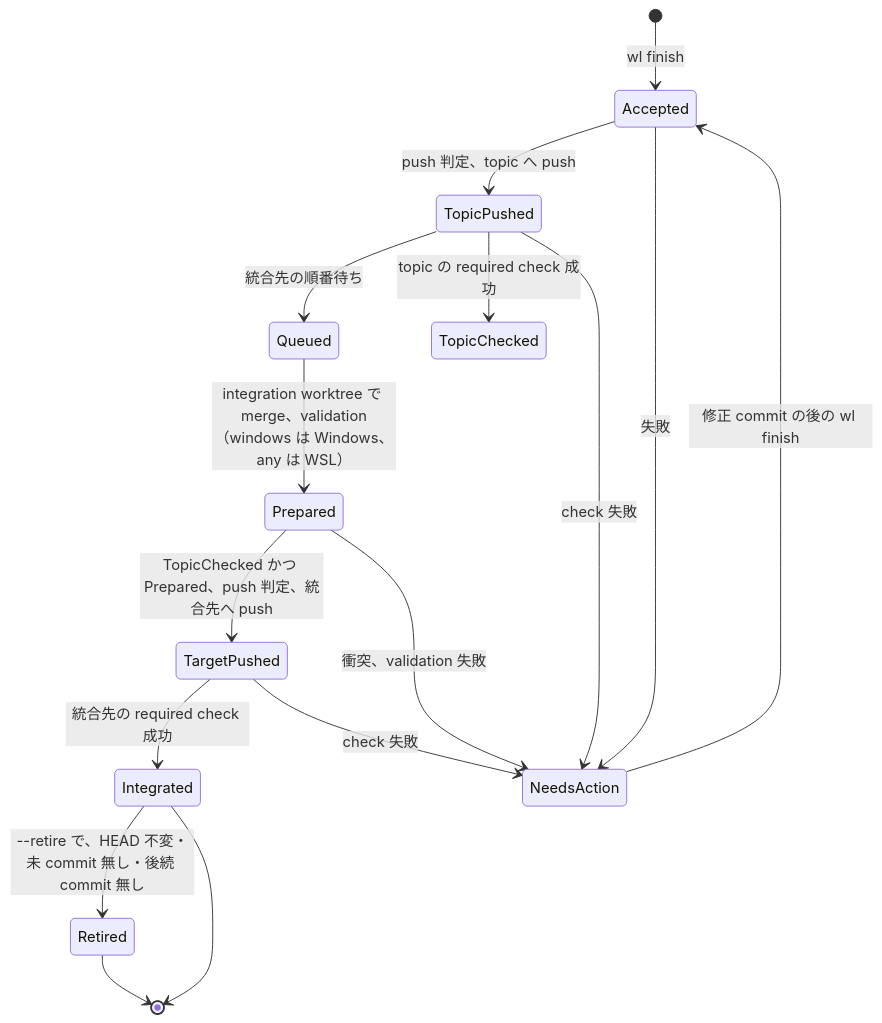
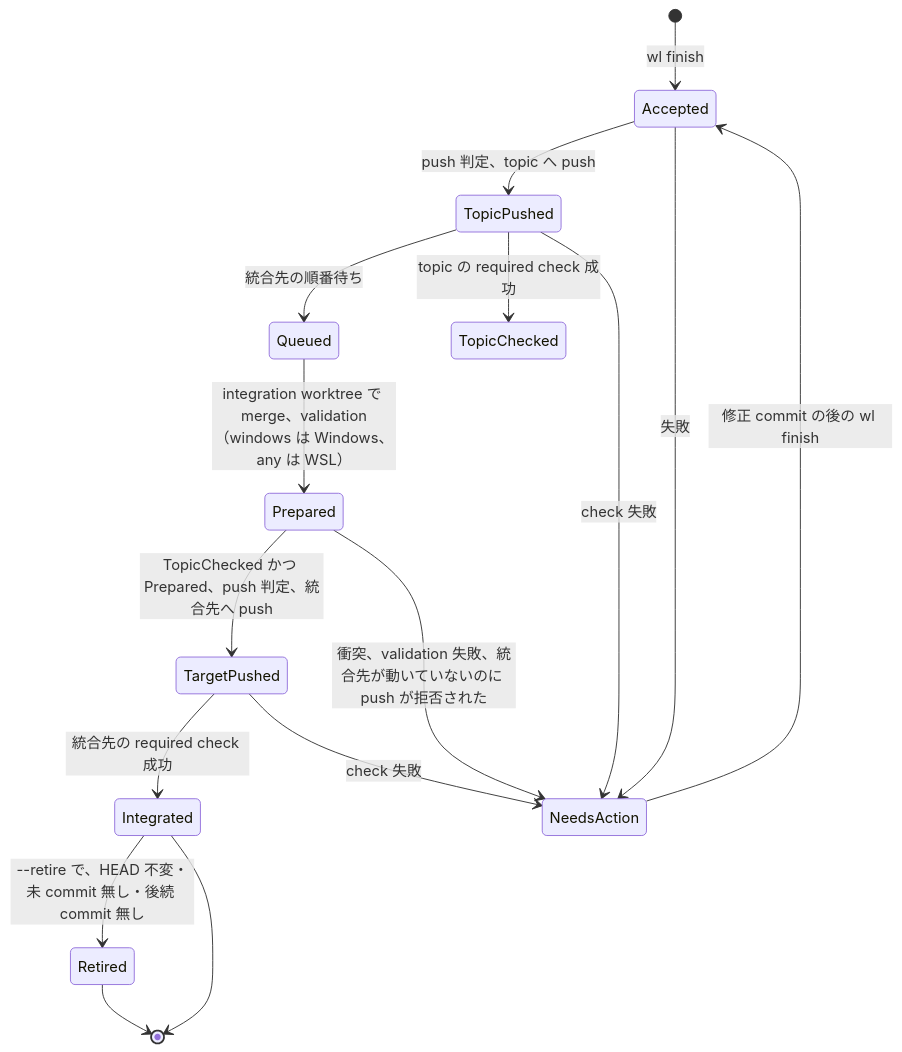
The diagram in docs/design.md (yasuyuki/workspace-lifecycle-native), drawn with Mermaid before and after one commit. The commit also changed other lines of this file and 11 other files, not shown here.

````diff
--- a/docs/design.md
+++ b/docs/design.md
@@ -62,18 +62,18 @@
 ```mermaid
 stateDiagram-v2
     [*] --> Accepted: wl finish
     Accepted --> TopicPushed: push 判定、topic へ push
     TopicPushed --> Queued: 統合先の順番待ち
     Queued --> Prepared: integration worktree で merge、validation（windows は Windows、any は WSL）
     TopicPushed --> TopicChecked: topic の required check 成功
     Prepared --> TargetPushed: TopicChecked かつ Prepared、push 判定、統合先へ push
     TargetPushed --> Integrated: 統合先の required check 成功
     Integrated --> Retired: --retire で、HEAD 不変・未 commit 無し・後続 commit 無し
     Integrated --> [*]
     Retired --> [*]
     Accepted --> NeedsAction: 失敗
     TopicPushed --> NeedsAction: check 失敗
-    Prepared --> NeedsAction: 衝突、validation 失敗
+    Prepared --> NeedsAction: 衝突、validation 失敗、統合先が動いていないのに push が拒否された
     TargetPushed --> NeedsAction: check 失敗
     NeedsAction --> Accepted: 修正 commit の後の wl finish
 ```
````
